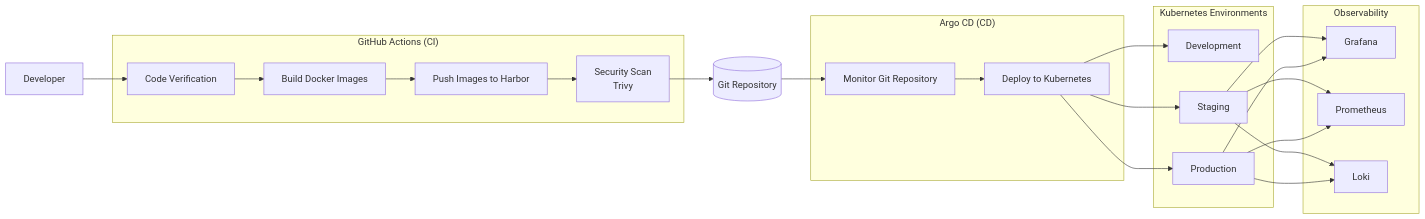
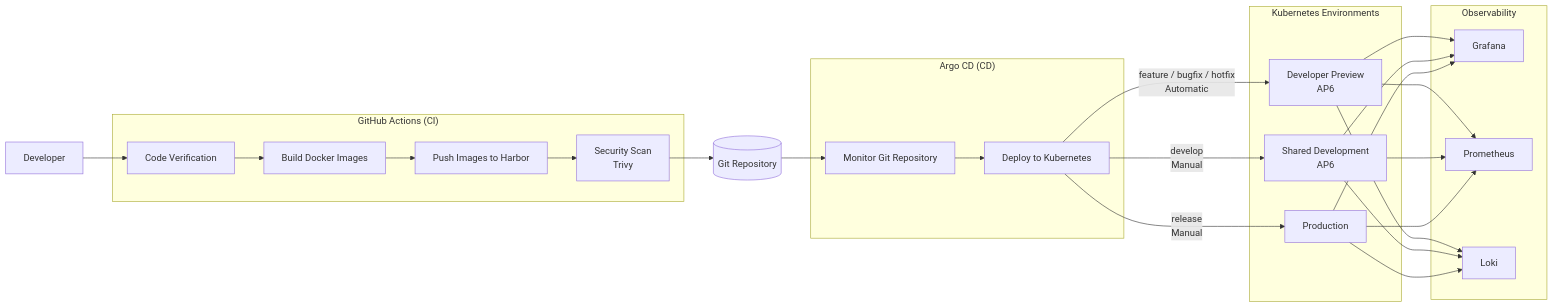
Before and after one commit to ARENA2036/edc-management-console: the diagram in docs/ci-cd/high-level-ci-cd-flow.md, drawn with Mermaid. The commit also changed other lines of this file and 6 other files, not shown here.

````diff
--- a/docs/ci-cd/high-level-ci-cd-flow.md
+++ b/docs/ci-cd/high-level-ci-cd-flow.md
@@ -3,52 +3,56 @@
 ```mermaid
 flowchart LR
 
     A[Developer]
 
     subgraph CI["GitHub Actions (CI)"]
         B[Code Verification]
         C[Build Docker Images]
         D[Push Images to Harbor]
         E[Security Scan<br/>Trivy]
     end
 
     F[(Git Repository)]
 
     subgraph CD["Argo CD (CD)"]
         G[Monitor Git Repository]
         H[Deploy to Kubernetes]
     end
 
     subgraph ENV["Kubernetes Environments"]
-        I[Development]
-        J[Staging]
+        I[Developer Preview<br/>AP6]
+        J[Shared Development<br/>AP6]
         K[Production]
     end
 
     subgraph OBS["Observability"]
         L[Grafana]
         M[Prometheus]
         N[Loki]
     end
 
     A --> B
     B --> C
     C --> D
     D --> E
     E --> F
 
     F --> G
     G --> H
 
-    H --> I
-    H --> J
-    H --> K
+    H -->|feature / bugfix / hotfix<br/>Automatic| I
+    H -->|develop<br/>Manual| J
+    H -->|release<br/>Manual| K
+
+    I --> L
+    I --> M
+    I --> N
 
     J --> L
     J --> M
     J --> N
 
     K --> L
     K --> M
     K --> N
 ```
````
